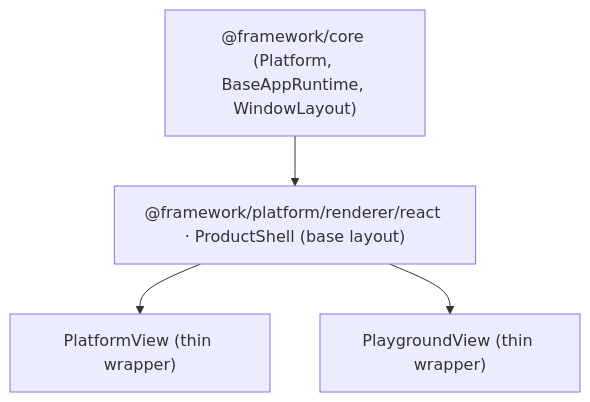
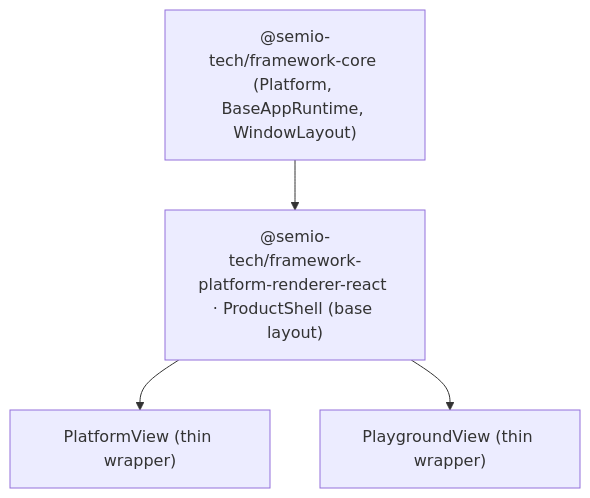
The diagram in .cursor/plans/shared_base_layout_shell_36c9d4cd.plan.md (usalu/semio), drawn with Mermaid before and after one commit. The commit also changed other lines of this file and 1282 other files, not shown here.

````diff
--- a/.cursor/plans/shared_base_layout_shell_36c9d4cd.plan.md
+++ b/.cursor/plans/shared_base_layout_shell_36c9d4cd.plan.md
@@ -25,10 +25,10 @@
 ```mermaid
 flowchart TD
-  core["@framework/core (Platform, BaseAppRuntime, WindowLayout)"]
-  shell["@framework/platform/renderer/react · ProductShell (base layout)"]
+  core["@semio-tech/framework-core (Platform, BaseAppRuntime, WindowLayout)"]
+  shell["@semio-tech/framework-platform-renderer-react · ProductShell (base layout)"]
   platformView["PlatformView (thin wrapper)"]
   playgroundView["PlaygroundView (thin wrapper)"]
   core --> shell
   shell --> platformView
   shell --> playgroundView
 ```
````
